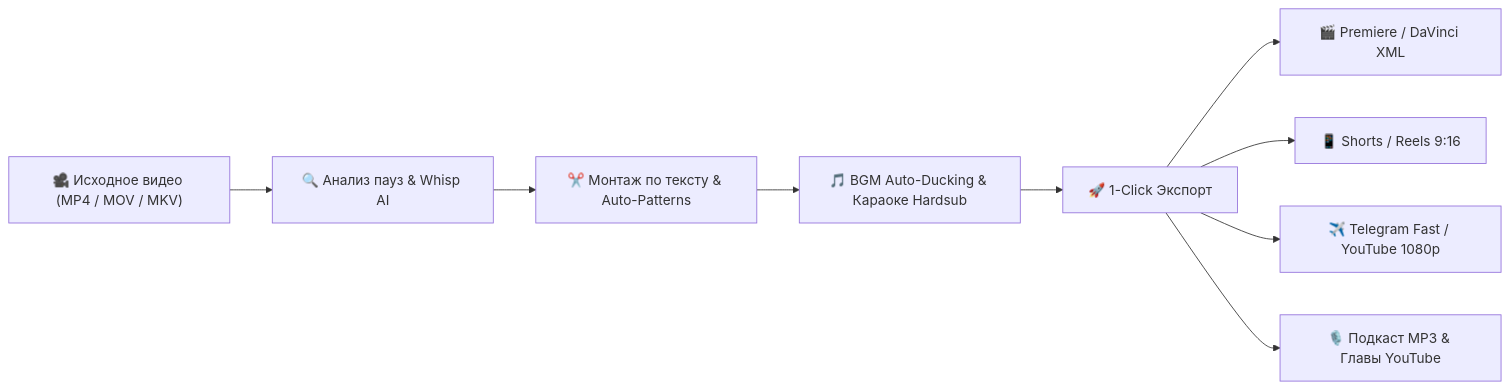
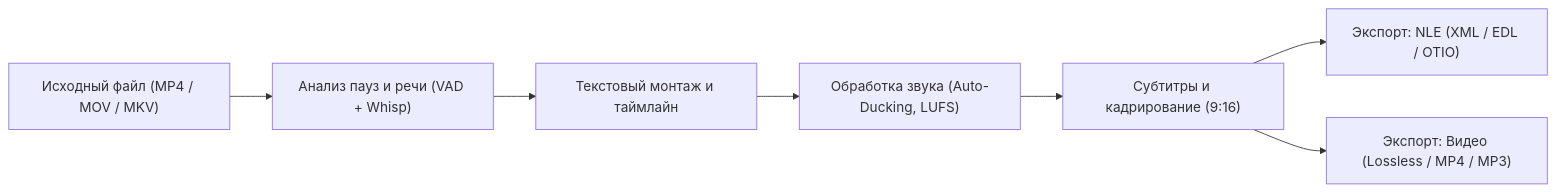
One commit to DmitryLeLeE/whisp_desk changed the diagram in README.md. Above: the diagram before and after it, drawn with Mermaid. The commit also changed other lines of this file and 1 other file, not shown here.

````diff
--- a/README.md
+++ b/README.md
@@ -38,11 +38,9 @@
 ```mermaid
-graph LR
-    A["🎥 Исходное видео (MP4 / MOV / MKV)"] --> B["🔍 Анализ пауз & Whisp AI"]
-    B --> C["✂️ Монтаж по тексту & Auto-Patterns"]
-    C --> D["🎵 BGM Auto-Ducking & Караоке Hardsub"]
-    D --> E["🚀 1-Click Экспорт"]
-    E --> F["🎬 Premiere / DaVinci XML"]
-    E --> G["📱 Shorts / Reels 9:16"]
-    E --> H["✈️ Telegram Fast / YouTube 1080p"]
-    E --> I["🎙️ Подкаст MP3 & Главы YouTube"]
+flowchart LR
+    A["Исходный файл (MP4 / MOV / MKV)"] --> B["Анализ пауз и речи (VAD + Whisp)"]
+    B --> C["Текстовый монтаж и таймлайн"]
+    C --> D["Обработка звука (Auto-Ducking, LUFS)"]
+    D --> E["Субтитры и кадрирование (9:16)"]
+    E --> F["Экспорт: NLE (XML / EDL / OTIO)"]
+    E --> G["Экспорт: Видео (Lossless / MP4 / MP3)"]
 ```
````
